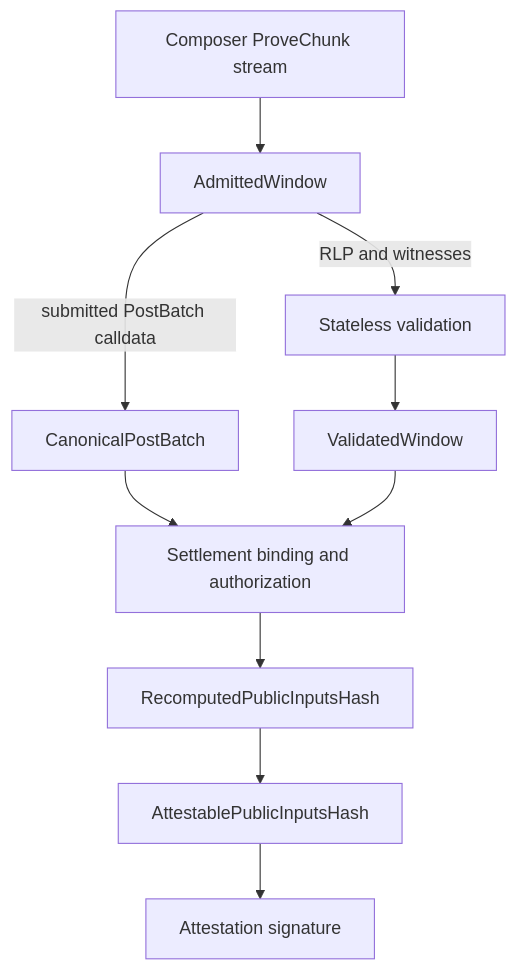
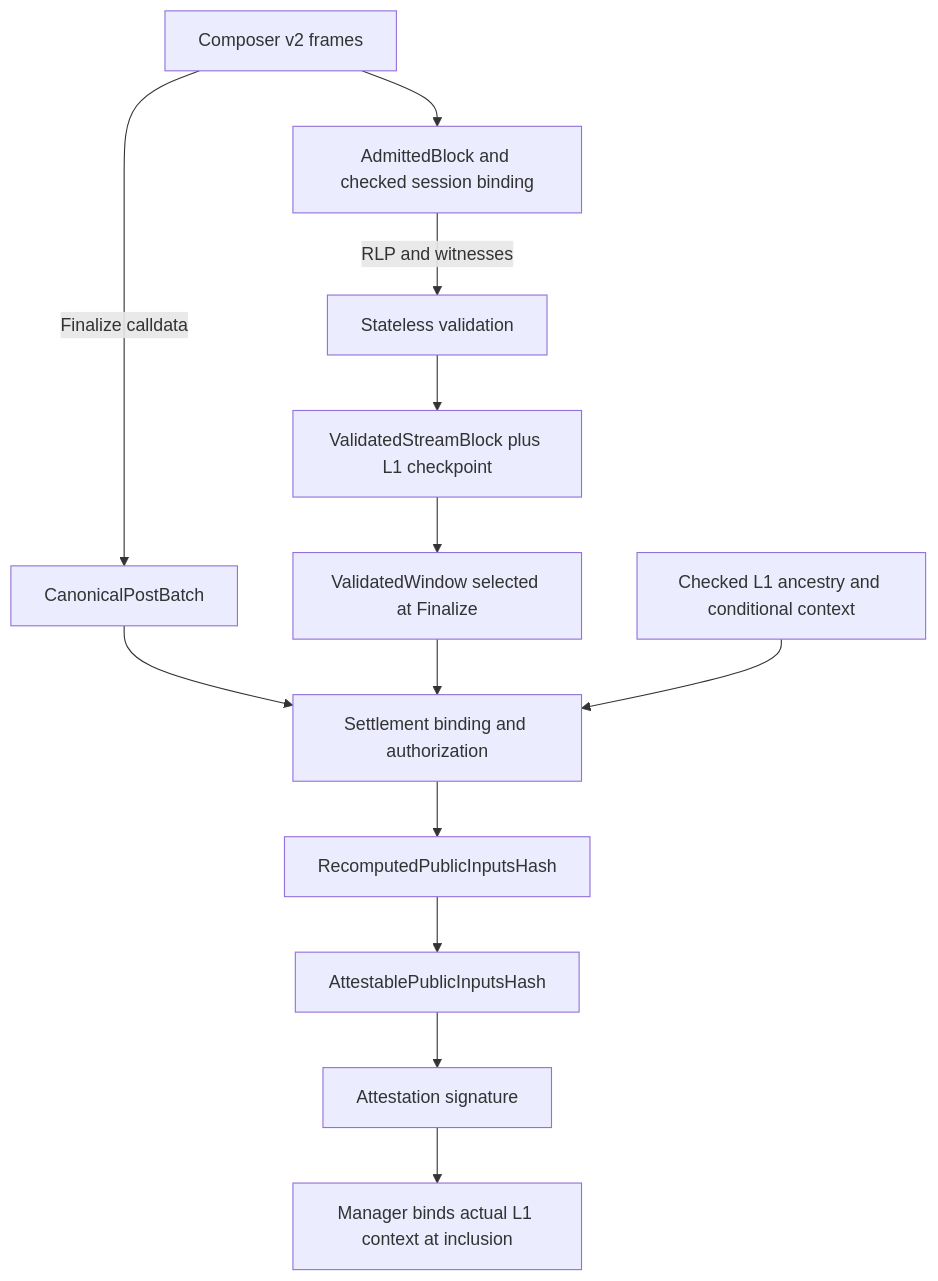
The diagram in crates/eez-proof-signer/docs/data-provenance.md (eez-association/eez-rollupX), drawn with Mermaid before and after one commit. The commit also changed other lines of this file and 660 other files, not shown here.

````diff
--- a/crates/eez-proof-signer/docs/data-provenance.md
+++ b/crates/eez-proof-signer/docs/data-provenance.md
@@ -10,13 +10,16 @@
 ```mermaid
 flowchart TB
-    W[Composer ProveChunk stream] --> A[AdmittedWindow]
+    W[Composer v2 frames] --> A[AdmittedBlock and checked session binding]
     A -->|RLP and witnesses| V[Stateless validation]
-    V --> VW[ValidatedWindow]
+    V --> VB[ValidatedStreamBlock plus L1 checkpoint]
+    VB --> VW[ValidatedWindow selected at Finalize]
 
-    A -->|submitted PostBatch calldata| C[CanonicalPostBatch]
+    W -->|Finalize calldata| C[CanonicalPostBatch]
     C --> B[Settlement binding and authorization]
     VW --> B
+    E[Checked L1 ancestry and conditional context] --> B
     B --> R[RecomputedPublicInputsHash]
     R --> H[AttestablePublicInputsHash]
     H --> S[Attestation signature]
+    S --> M[Manager binds actual L1 context at inclusion]
 ```
````
